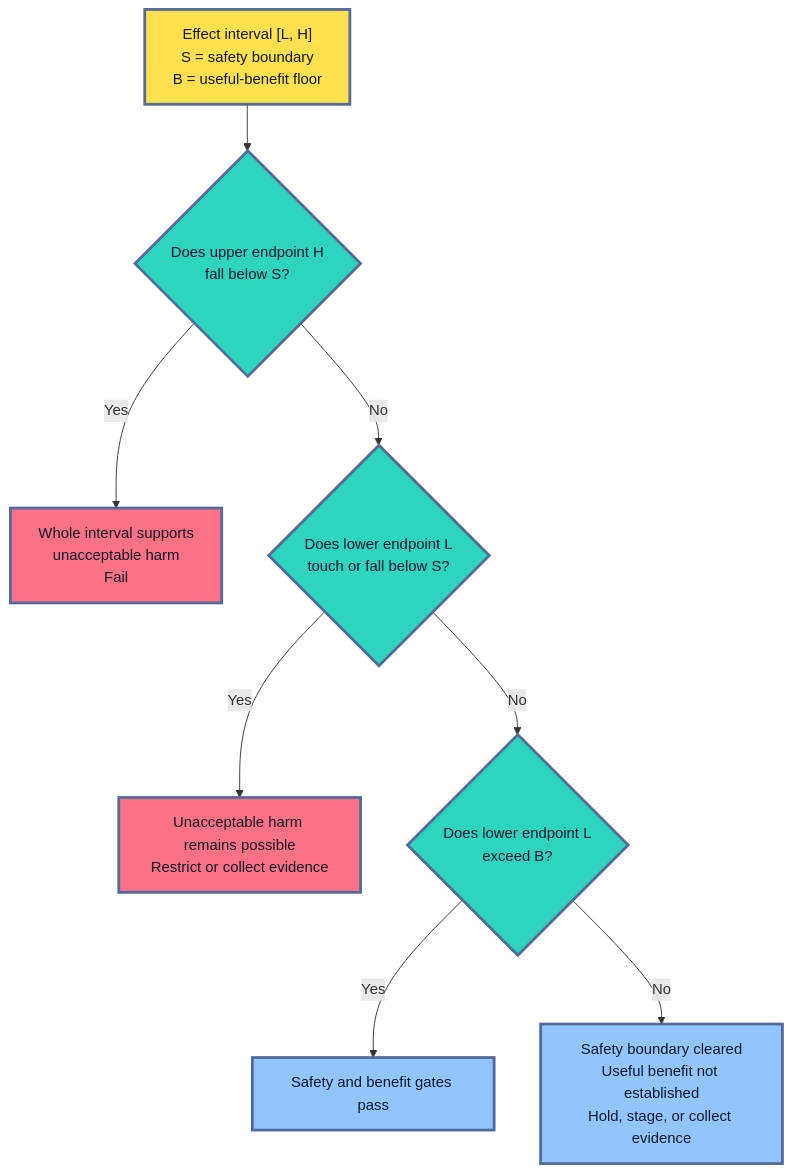
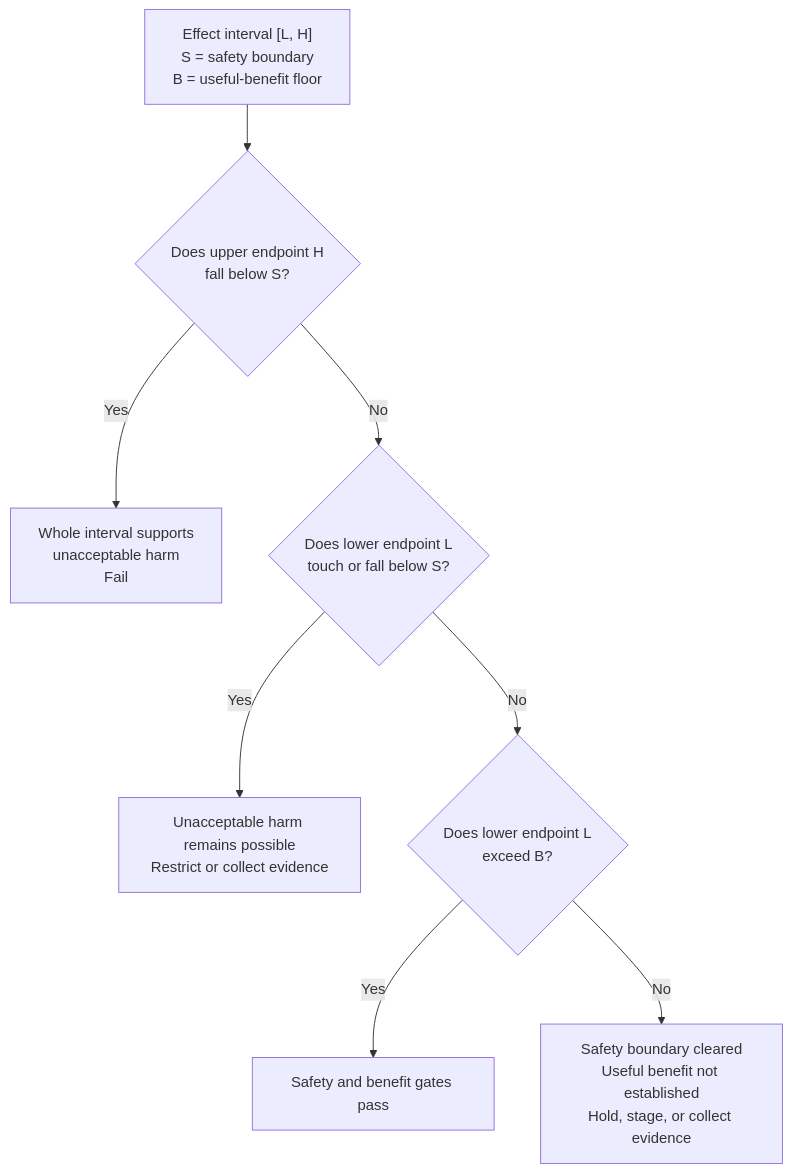
One commit to senlinyy/dev-roadmaps changed the eighth of 10 diagrams in roadmaps/mlops/modules/model-evaluation/offline-evaluation/05-statistical-uncertainty-and-paired-comparisons.md. Above: the diagram before and after it, drawn with Mermaid. The commit also changed other lines of this file and 152 other files, not shown here.

Commit message:
feat: mlops and diagrams updated

````diff
--- a/roadmaps/mlops/modules/model-evaluation/offline-evaluation/05-statistical-uncertainty-and-paired-comparisons.md
+++ b/roadmaps/mlops/modules/model-evaluation/offline-evaluation/05-statistical-uncertainty-and-paired-comparisons.md
@@ -623,19 +594,15 @@
 ```mermaid
 flowchart TD
     A["Effect interval [L, H]<br/>S = safety boundary<br/>B = useful-benefit floor"] --> B{"Does upper endpoint H<br/>fall below S?"}
     B -->|"Yes"| C["Whole interval supports<br/>unacceptable harm<br/>Fail"]
     B -->|"No"| D{"Does lower endpoint L<br/>touch or fall below S?"}
     D -->|"Yes"| E["Unacceptable harm remains possible<br/>Restrict or collect evidence"]
     D -->|"No"| F{"Does lower endpoint L<br/>exceed B?"}
     F -->|"Yes"| G["Safety and benefit gates pass"]
     F -->|"No"| H["Safety boundary cleared<br/>Useful benefit not established<br/>Hold, stage, or collect evidence"]
 
-    classDef evidence fill:#FFE04F,stroke:#536A9A,stroke-width:3px,color:#111827
-    classDef decision fill:#2DD4BF,stroke:#536A9A,stroke-width:3px,color:#0F172A
-    classDef stop fill:#FB7185,stroke:#536A9A,stroke-width:3px,color:#111827
-    classDef proceed fill:#93C5FD,stroke:#536A9A,stroke-width:3px,color:#0F172A
     class A evidence
     class B,D,F decision
     class C,E stop
     class G,H proceed
 ```
````
